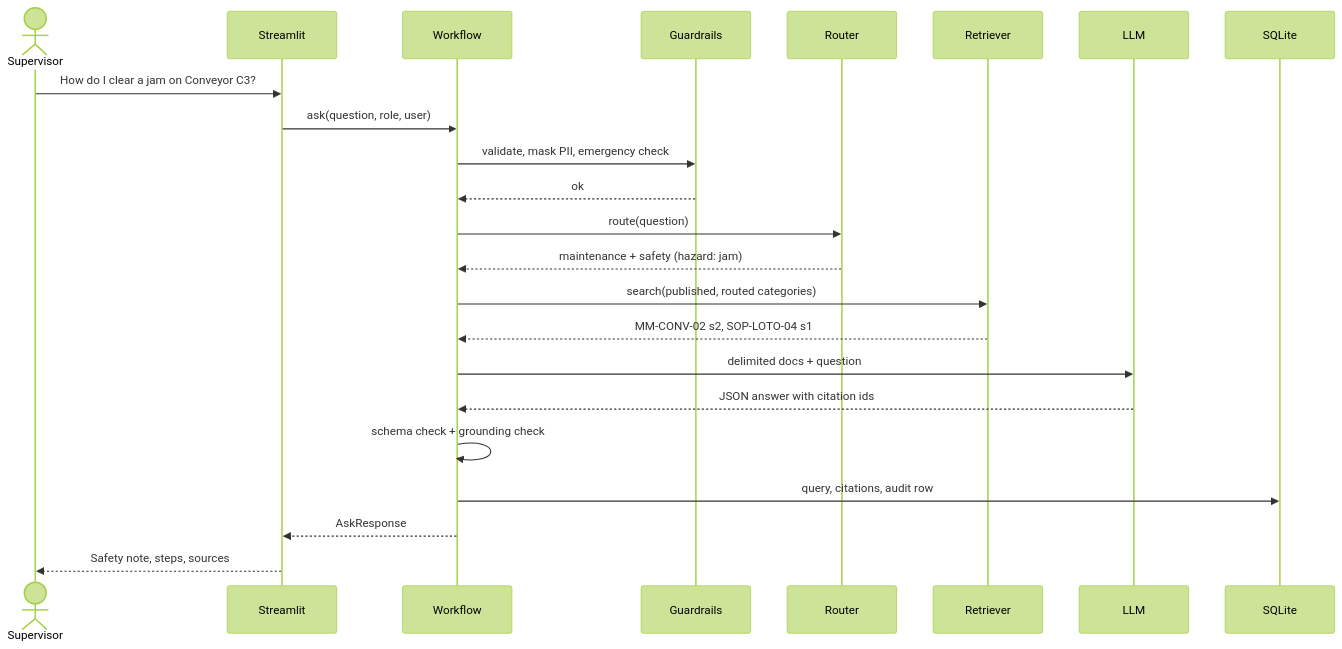
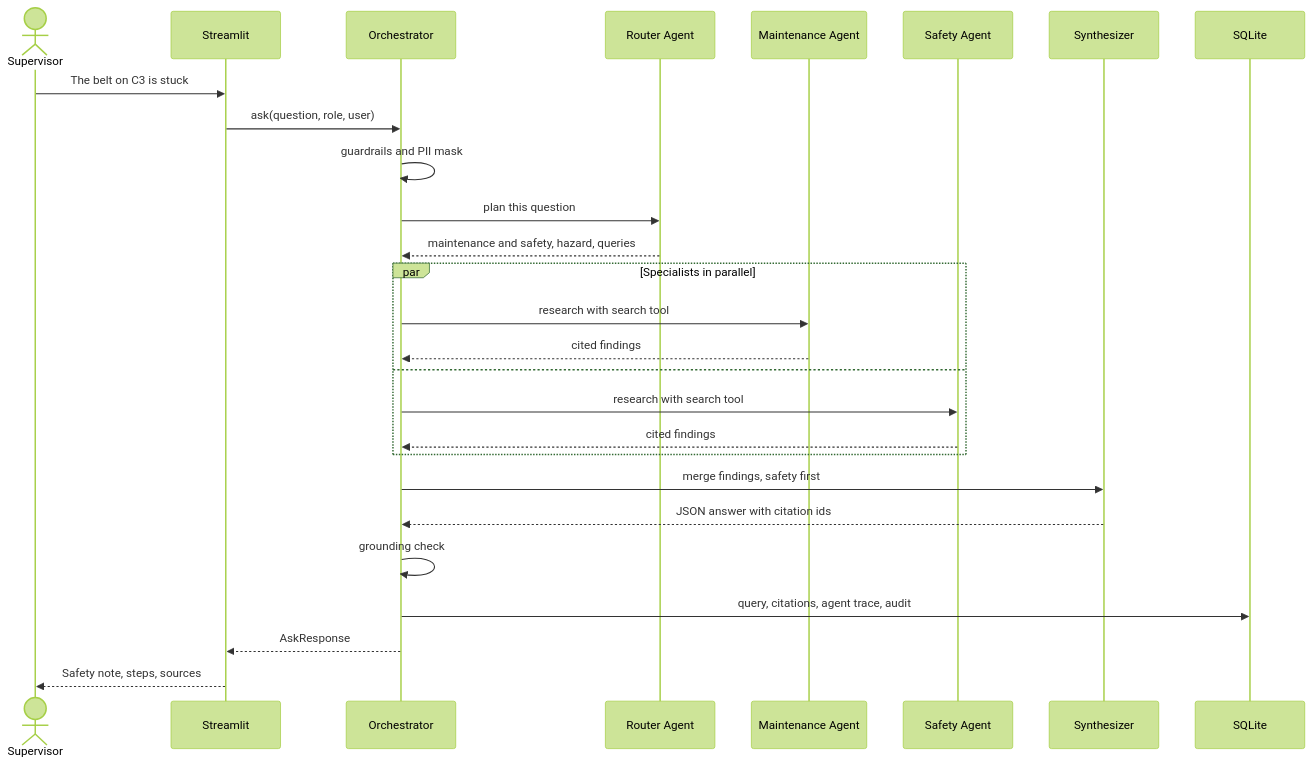
Before and after one commit to hemach-git/MIKRA: the third of 3 diagrams in docs/architecture.md, drawn with Mermaid (forest theme). The commit also changed other lines of this file and 19 other files, not shown here.

Commit message:
Design v2: supervised multi-agent architecture, updated docs, diagrams, slide; agent contract and session briefs

````diff
--- a/docs/architecture.md
+++ b/docs/architecture.md
@@ -73,26 +77,30 @@
 ```mermaid
 %% name: sequence
 sequenceDiagram
   actor S as Supervisor
   participant UI as Streamlit
-  participant WF as Workflow
-  participant G as Guardrails
-  participant R as Router
-  participant RET as Retriever
-  participant L as LLM
+  participant O as Orchestrator
+  participant R as Router Agent
+  participant M as Maintenance Agent
+  participant F as Safety Agent
+  participant Y as Synthesizer
   participant DB as SQLite
-  S->>UI: How do I clear a jam on Conveyor C3?
-  UI->>WF: ask(question, role, user)
-  WF->>G: validate, mask PII, emergency check
-  G-->>WF: ok
-  WF->>R: route(question)
-  R-->>WF: maintenance + safety (hazard: jam)
-  WF->>RET: search(published, routed categories)
-  RET-->>WF: MM-CONV-02 s2, SOP-LOTO-04 s1
-  WF->>L: delimited docs + question
-  L-->>WF: JSON answer with citation ids
-  WF->>WF: schema check + grounding check
-  WF->>DB: query, citations, audit row
-  WF-->>UI: AskResponse
+  S->>UI: The belt on C3 is stuck
+  UI->>O: ask(question, role, user)
+  O->>O: guardrails and PII mask
+  O->>R: plan this question
+  R-->>O: maintenance and safety, hazard, queries
+  par Specialists in parallel
+    O->>M: research with search tool
+    M-->>O: cited findings
+  and
+    O->>F: research with search tool
+    F-->>O: cited findings
+  end
+  O->>Y: merge findings, safety first
+  Y-->>O: JSON answer with citation ids
+  O->>O: grounding check
+  O->>DB: query, citations, agent trace, audit
+  O-->>UI: AskResponse
   UI-->>S: Safety note, steps, sources
 ```
````
